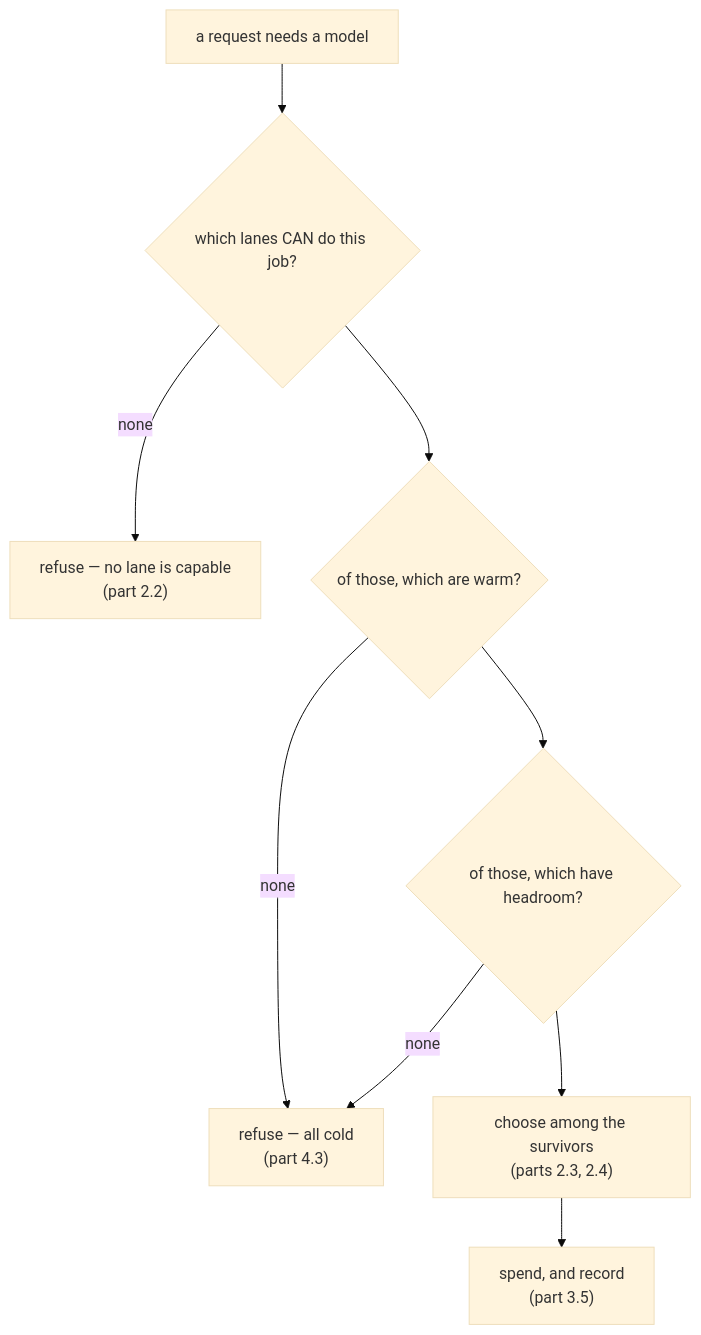
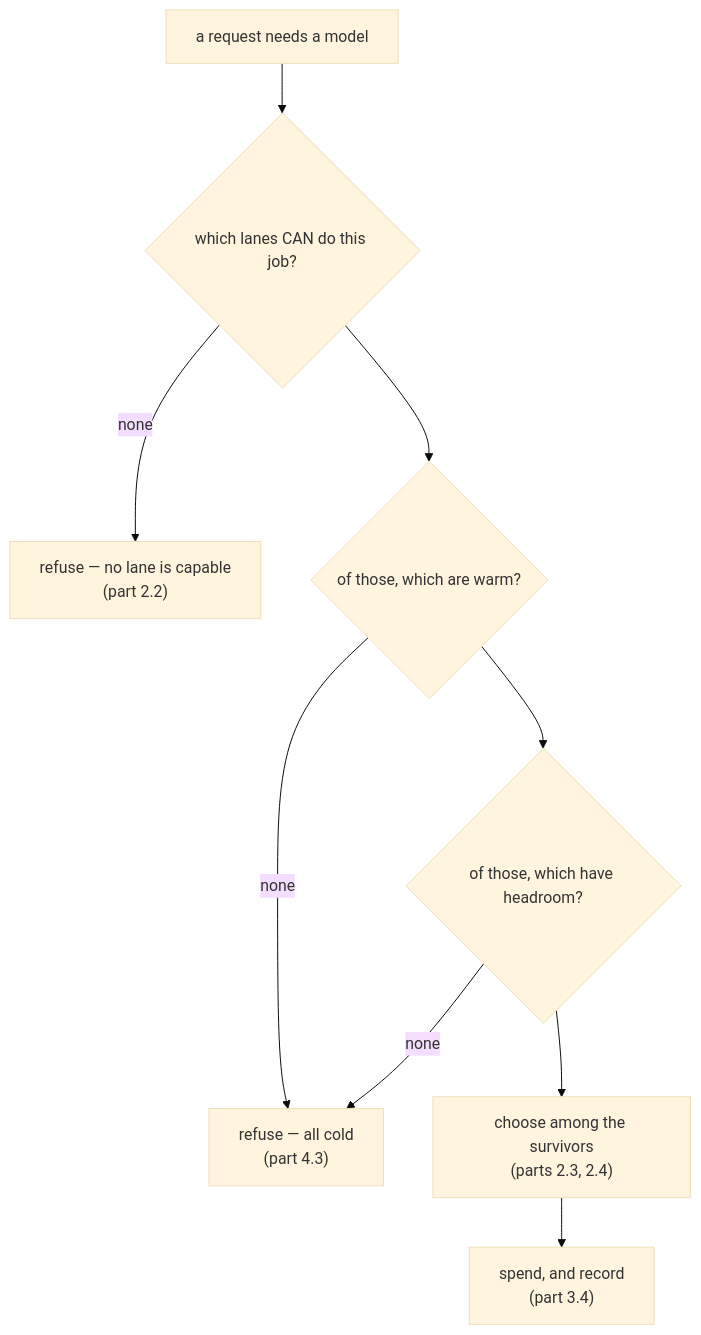
One commit to aignishant/sutra_agent changed the diagram in days/day-70-the-quota-router/parts/02-choosing-a-lane/2.1-headroom-is-not-a-preference.md. Above: the diagram before and after it, drawn with Mermaid (base theme). The commit also changed 28 other files, not shown here.

````diff
--- a/days/day-70-the-quota-router/parts/02-choosing-a-lane/2.1-headroom-is-not-a-preference.md
+++ b/days/day-70-the-quota-router/parts/02-choosing-a-lane/2.1-headroom-is-not-a-preference.md
@@ -83,11 +83,11 @@
 ```mermaid
 graph TD
     R["a request needs a model"] --> C{"which lanes CAN do this job?"}
     C -->|"none"| X["refuse — no lane is capable<br/>(part 2.2)"]
     C --> W{"of those, which are warm?"}
     W -->|"none"| Y["refuse — all cold<br/>(part 4.3)"]
     W --> H{"of those, which have headroom?"}
     H -->|"none"| Y
     H --> P["choose among the survivors<br/>(parts 2.3, 2.4)"]
-    P --> S["spend, and record<br/>(part 3.5)"]
+    P --> S["spend, and record<br/>(part 3.4)"]
 ```
````
